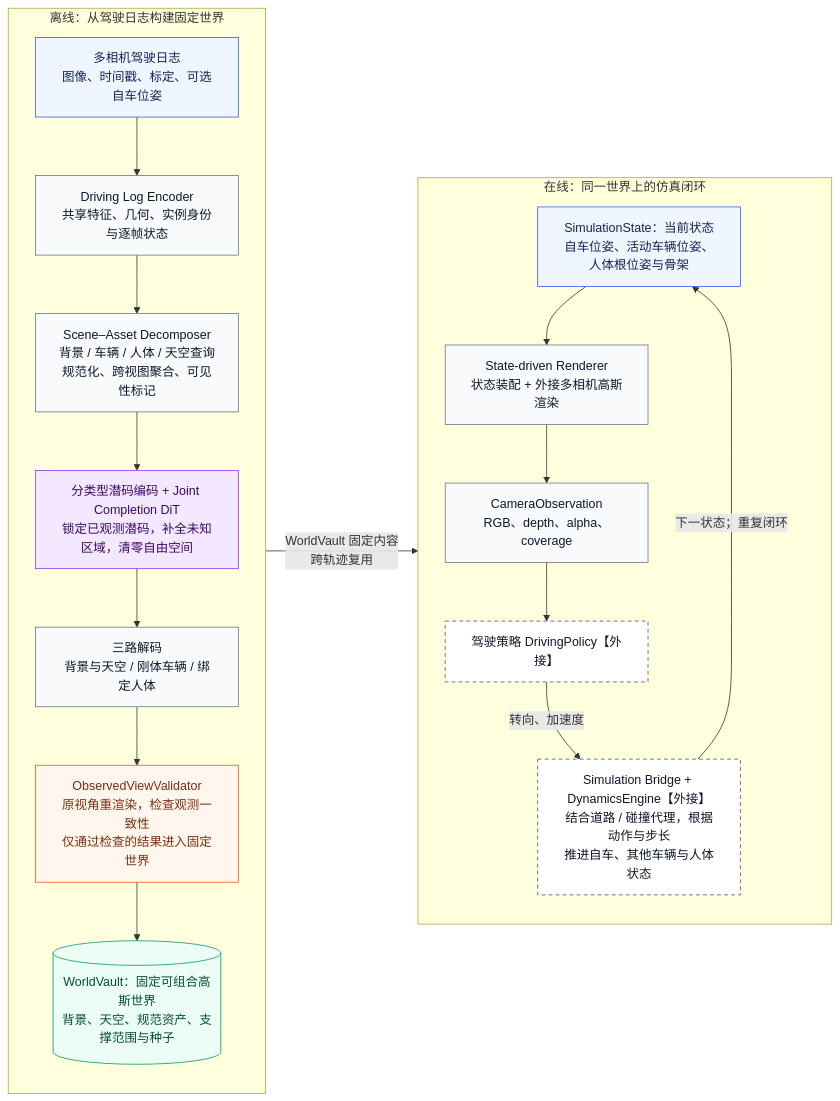
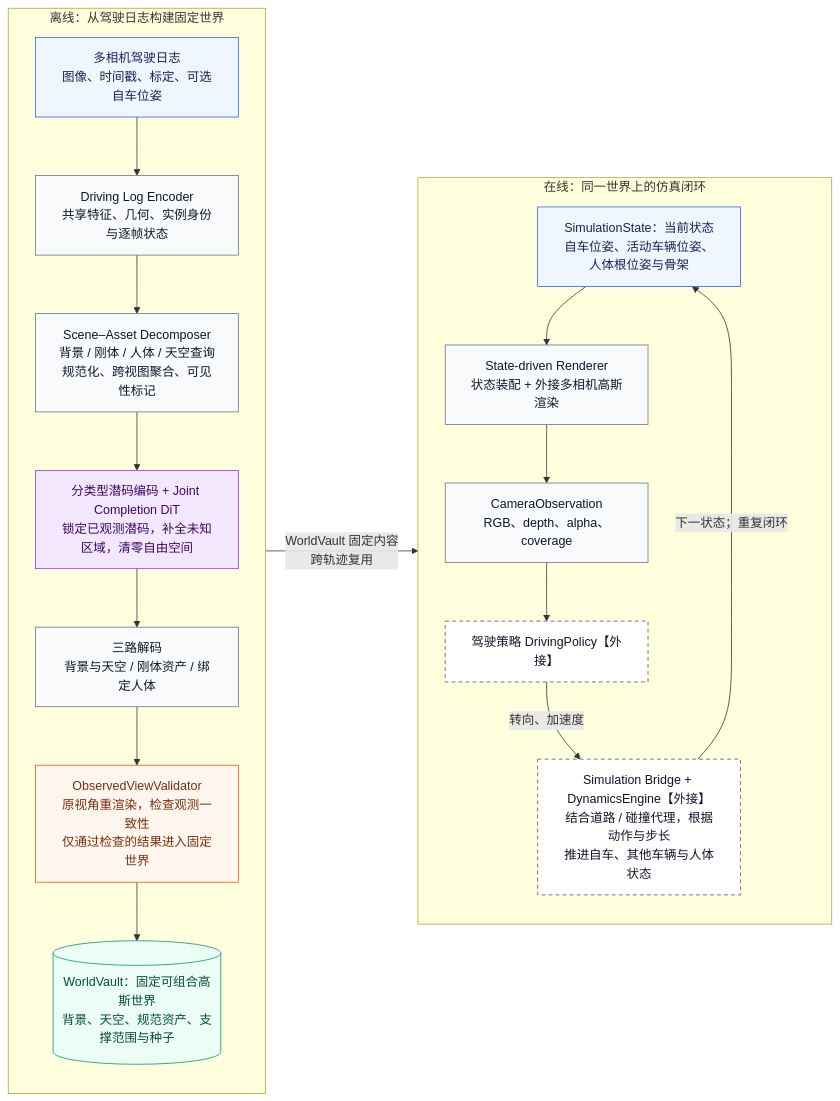
Before and after one commit to BryceWinston/drivecompose: the first of 2 diagrams in docs/data-flow.md, drawn with Mermaid. The commit also changed other lines of this file and 97 other files, not shown here.

````diff
--- a/docs/data-flow.md
+++ b/docs/data-flow.md
@@ -11,42 +11,42 @@
 ```mermaid
 flowchart LR
   subgraph OFFLINE["离线：从驾驶日志构建固定世界"]
     direction TB
     LOG["多相机驾驶日志<br/>图像、时间戳、标定、可选自车位姿"]
     ENC["Driving Log Encoder<br/>共享特征、几何、实例身份与逐帧状态"]
-    DEC["Scene–Asset Decomposer<br/>背景 / 车辆 / 人体 / 天空查询<br/>规范化、跨视图聚合、可见性标记"]
+    DEC["Scene–Asset Decomposer<br/>背景 / 刚体 / 人体 / 天空查询<br/>规范化、跨视图聚合、可见性标记"]
     DIT["分类型潜码编码 + Joint Completion DiT<br/>锁定已观测潜码，补全未知区域，清零自由空间"]
-    HEADS["三路解码<br/>背景与天空 / 刚体车辆 / 绑定人体"]
+    HEADS["三路解码<br/>背景与天空 / 刚体资产 / 绑定人体"]
     CHECK["ObservedViewValidator<br/>原视角重渲染，检查观测一致性<br/>仅通过检查的结果进入固定世界"]
     WORLD[("WorldVault：固定可组合高斯世界<br/>背景、天空、规范资产、支撑范围与种子")]
     LOG --> ENC --> DEC --> DIT --> HEADS --> CHECK
     CHECK --> WORLD
   end
 
   subgraph ONLINE["在线：同一世界上的仿真闭环"]
     direction TB
     STATE["SimulationState：当前状态<br/>自车位姿、活动车辆位姿、人体根位姿与骨架"]
     RENDER["State-driven Renderer<br/>状态装配 + 外接多相机高斯渲染"]
     OBS["CameraObservation<br/>RGB、depth、alpha、coverage"]
     POLICY["驾驶策略 DrivingPolicy【外接】"]
     ENGINE["Simulation Bridge + DynamicsEngine【外接】<br/>结合道路 / 碰撞代理，根据动作与步长<br/>推进自车、其他车辆与人体状态"]
     STATE --> RENDER --> OBS --> POLICY
     POLICY -->|转向、加速度| ENGINE
     ENGINE -->|下一状态；重复闭环| STATE
   end
 
   OFFLINE -->|WorldVault 固定内容<br/>跨轨迹复用| ONLINE
 
   classDef input fill:#EFF6FF,stroke:#2563EB,color:#172554;
   classDef process fill:#F8FAFC,stroke:#64748B,color:#0F172A;
   classDef generation fill:#F3E8FF,stroke:#9333EA,color:#3B0764;
   classDef store fill:#ECFDF5,stroke:#059669,color:#064E3B;
   classDef check fill:#FFF7ED,stroke:#EA580C,color:#7C2D12;
   classDef external fill:#FFFFFF,stroke:#475569,stroke-dasharray:5 4,color:#0F172A;
   class LOG,STATE input;
   class ENC,DEC,HEADS,RENDER,OBS process;
   class DIT generation;
   class WORLD store;
   class CHECK check;
   class POLICY,ENGINE external;
 ```
````
